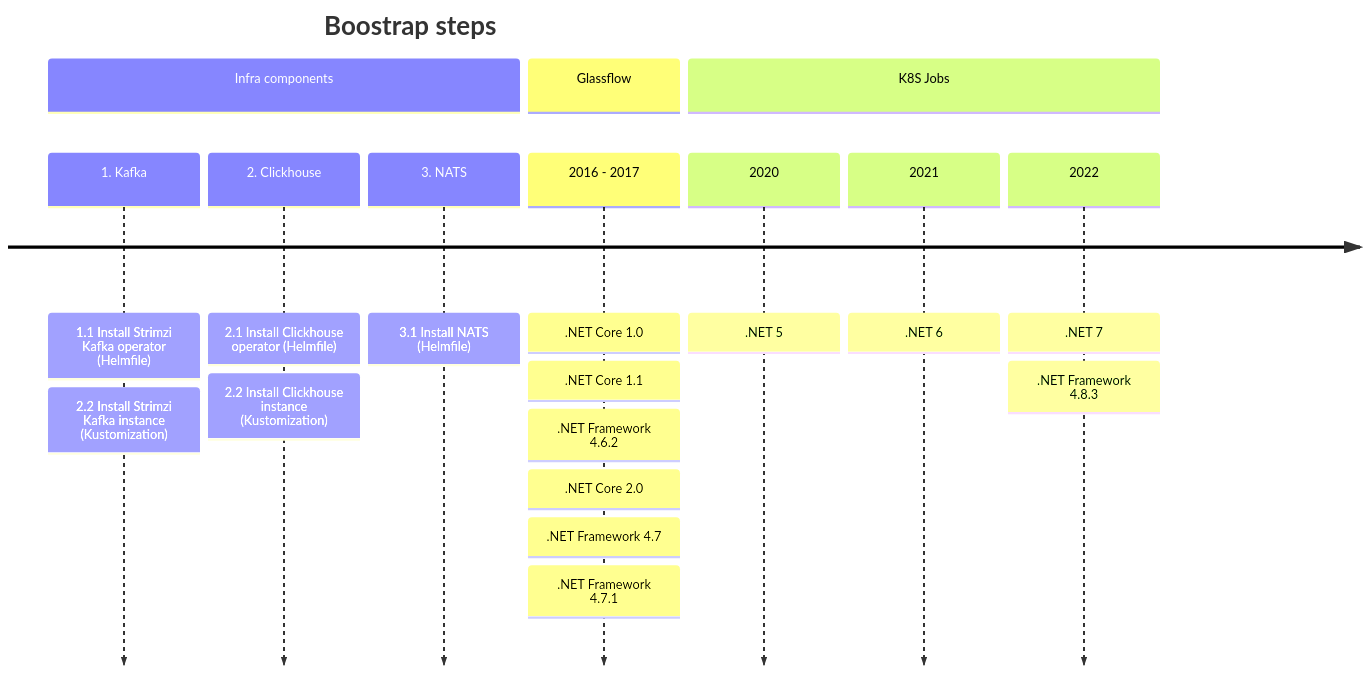
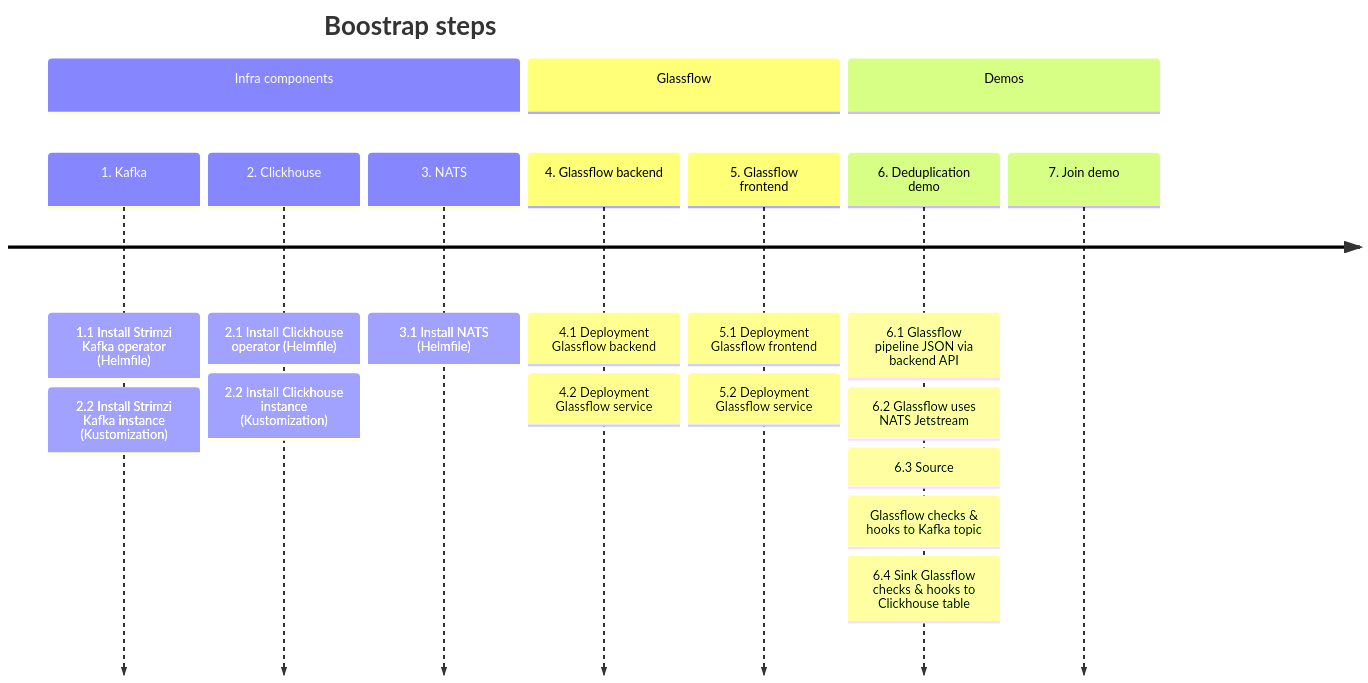
Before and after one commit to Real-World-ML/glassflow-demo: the diagram in README.md, drawn with Mermaid.

Commit message:
README updates

````diff
--- a/README.md
+++ b/README.md
@@ -5,30 +5,30 @@
 ```mermaid
-
 timeline
     title Boostrap steps
 
     section Infra components
         1. Kafka
              : 1.1 Install Strimzi Kafka operator (Helmfile)
              : 2.2 Install Strimzi Kafka instance (Kustomization)
         2. Clickhouse
              : 2.1 Install Clickhouse operator (Helmfile)
              : 2.2 Install Clickhouse instance (Kustomization)
         3. NATS
              : 3.1 Install NATS (Helmfile)
 
      section Glassflow
-        2016 - 2017
-             : .NET Core 1.0
-             : .NET Core 1.1
-             : .NET Framework 4.6.2
-             : .NET Core 2.0
-             : .NET Framework 4.7
-             : .NET Framework 4.7.1
-    
-    section K8S Jobs
-        2020 : .NET 5
-        2021 : .NET 6
-        2022 : .NET 7
-             : .NET Framework 4.8.3
+        4. Glassflow backend
+             : 4.1 Deployment Glassflow backend
+             : 4.2 Deployment Glassflow service
+        5. Glassflow frontend
+             : 5.1 Deployment Glassflow frontend
+             : 5.2 Deployment Glassflow service
+
+    section Demos
+        6. Deduplication demo
+          : 6.1 Glassflow pipeline JSON via backend API
+          : 6.2 Glassflow uses NATS Jetstream
+          : 6.3 Source: Glassflow checks & hooks to Kafka topic
+          : 6.4 Sink Glassflow checks & hooks to Clickhouse table
+        7. Join demo
 ```
````
